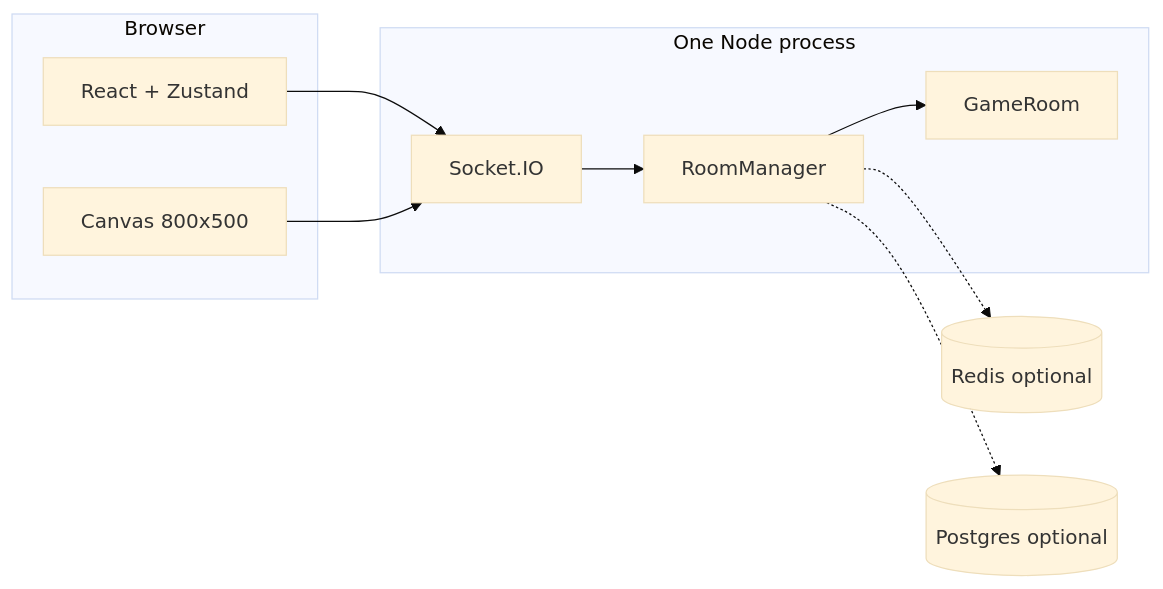
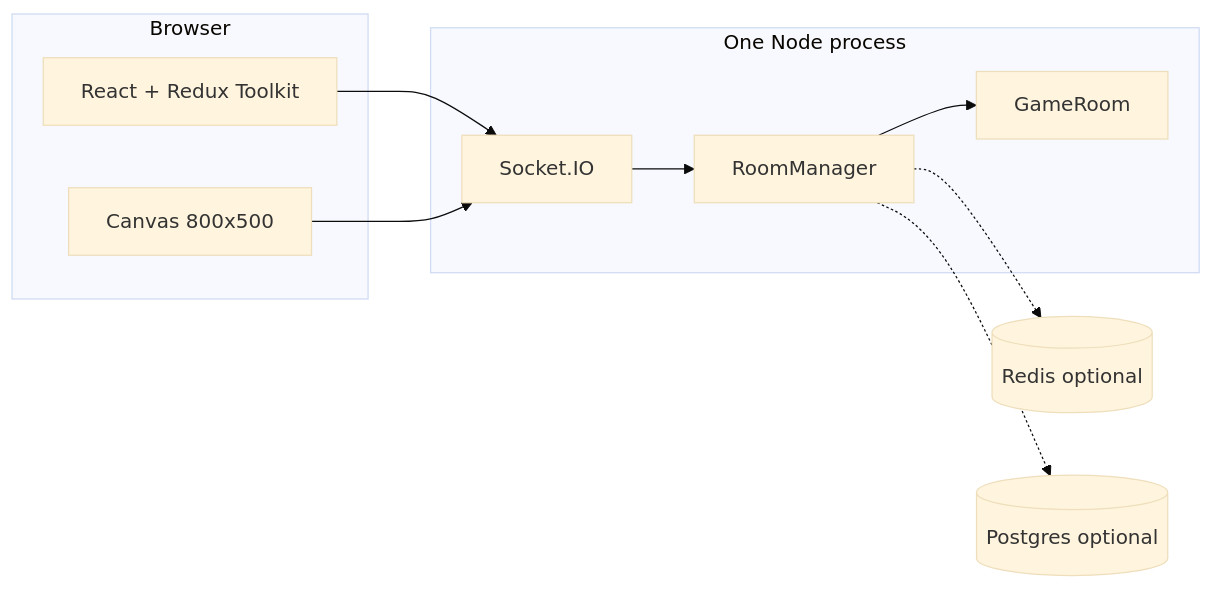
The first of 3 diagrams in README.md (riteshk1812/drawguess-realtime), drawn with Mermaid (base theme) before and after one commit. The commit also changed other lines of this file and 23 other files, not shown here.

````diff
--- a/README.md
+++ b/README.md
@@ -51,19 +51,19 @@
 ```mermaid
 flowchart LR
   subgraph browser [Browser]
-    UI[React + Zustand]
+    UI[React + Redux Toolkit]
     Canvas[Canvas 800x500]
   end
   subgraph node [One Node process]
     IO[Socket.IO]
     Rooms[RoomManager]
     Engine[GameRoom]
   end
   Redis[(Redis optional)]
   Postgres[(Postgres optional)]
   UI --> IO
   Canvas --> IO
   IO --> Rooms --> Engine
   Rooms -.-> Redis
   Rooms -.-> Postgres
 ```
````
